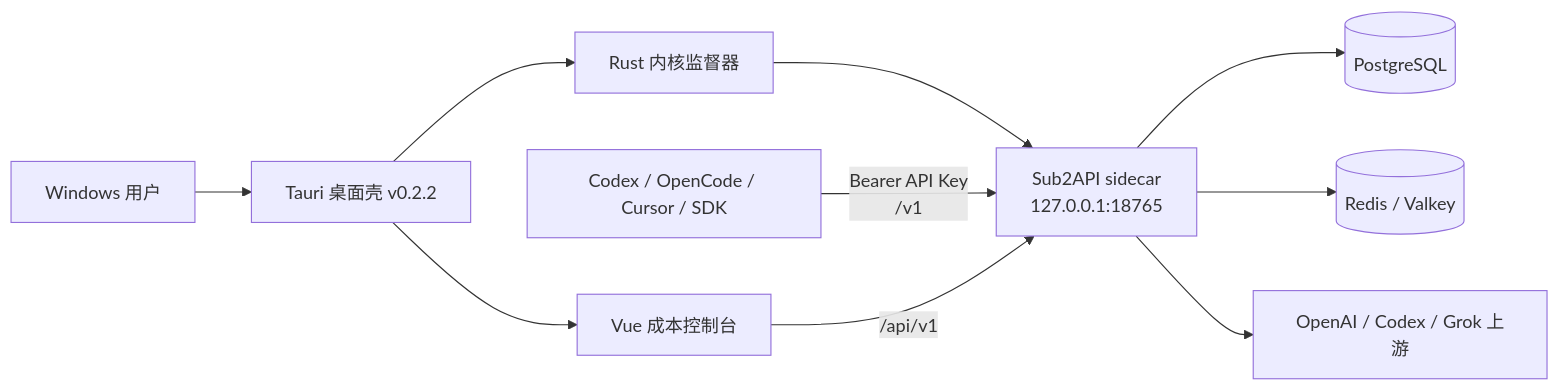
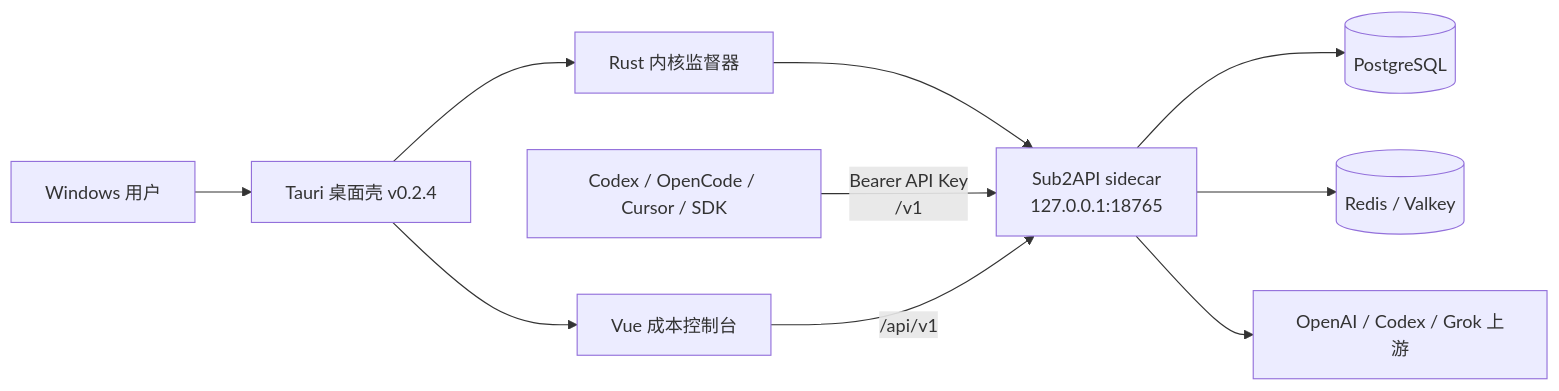
The first of 2 diagrams in docs/DEVELOPMENT_LOG_2026-08-05.md (rw0104/sub2api-cost-console), drawn with Mermaid before and after one commit. The commit also changed other lines of this file and 26 other files, not shown here.

````diff
--- a/docs/DEVELOPMENT_LOG_2026-08-05.md
+++ b/docs/DEVELOPMENT_LOG_2026-08-05.md
@@ -67,12 +67,12 @@
 ```mermaid
 flowchart LR
-    User["Windows 用户"] --> Tauri["Tauri 桌面壳 v0.2.2"]
+    User["Windows 用户"] --> Tauri["Tauri 桌面壳 v0.2.4"]
     Tauri --> Vue["Vue 成本控制台"]
     Tauri --> Supervisor["Rust 内核监督器"]
     Supervisor --> Core["Sub2API sidecar\n127.0.0.1:18765"]
     Core --> PG[(PostgreSQL)]
     Core --> Cache[(Redis / Valkey)]
     Core --> Upstream["OpenAI / Codex / Grok 上游"]
     Agent["Codex / OpenCode / Cursor / SDK"] -->|"Bearer API Key\n/v1"| Core
     Vue -->|"/api/v1"| Core
 ```
````
